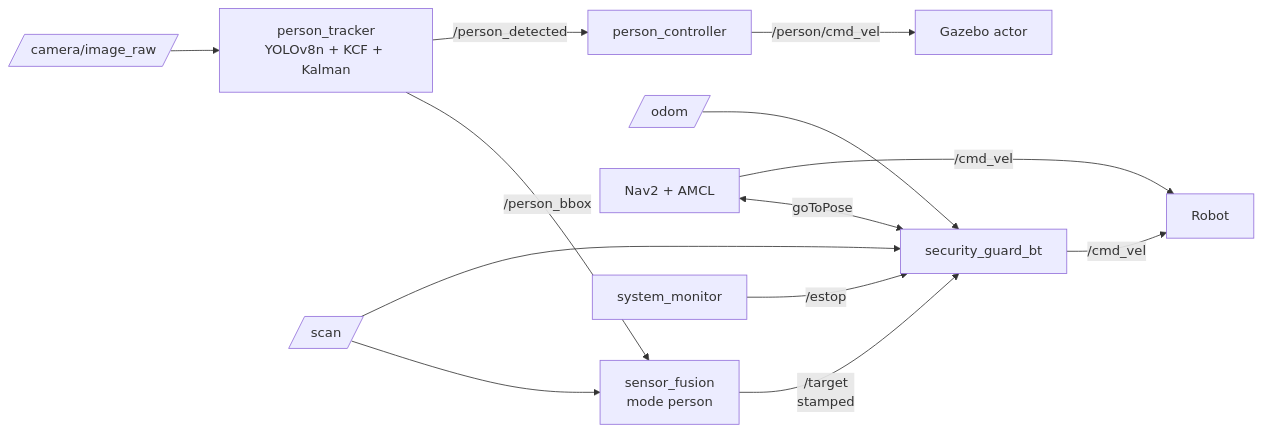
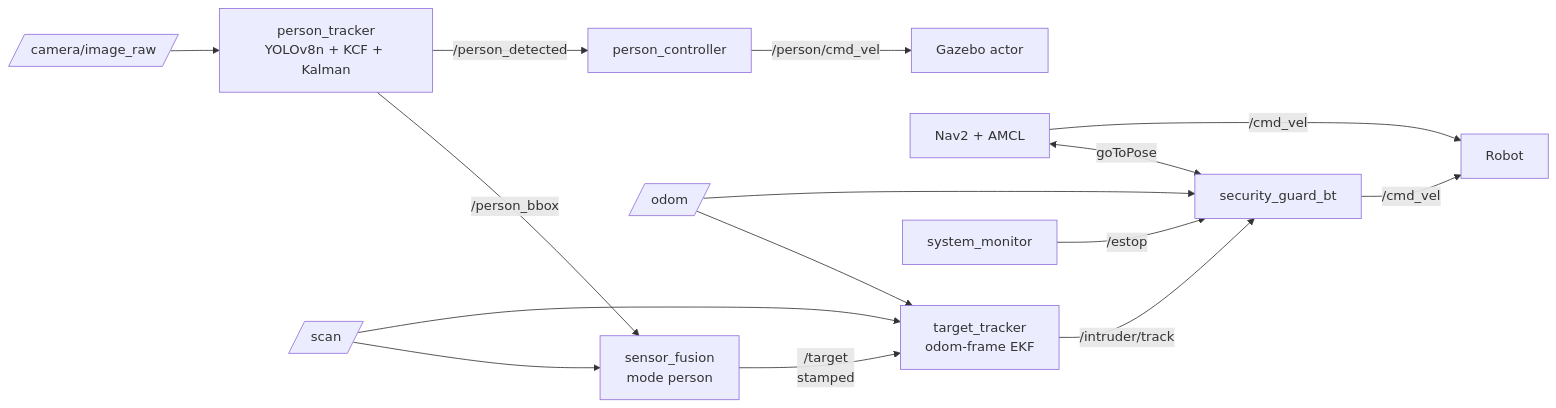
Before and after one commit to OrtizDiego/AutoNav_Sim: the diagram in README.md, drawn with Mermaid. The commit also changed other lines of this file, not shown here.

````diff
--- a/README.md
+++ b/README.md
@@ -70,15 +83,17 @@
 ```mermaid
 graph LR
     CAM[/camera/image_raw/] --> PT[person_tracker<br/>YOLOv8n + KCF + Kalman]
     PT -->|/person_bbox| SF[sensor_fusion<br/>mode person]
     SCAN[/scan/] --> SF
-    SF -->|/target<br/>stamped| BT[security_guard_bt]
-    SCAN --> BT
-    ODOM[/odom/] --> BT
+    SF -->|/target<br/>stamped| TT[target_tracker<br/>odom-frame EKF]
+    SCAN --> TT
+    ODOM[/odom/] --> TT
+    TT -->|/intruder/track| BT[security_guard_bt]
+    ODOM --> BT
     NAV[Nav2 + AMCL] <-->|goToPose| BT
     BT -->|/cmd_vel| ROBOT[Robot]
     NAV -->|/cmd_vel| ROBOT
     PT -->|/person_detected| PC[person_controller]
     PC -->|/person/cmd_vel| ACTOR[Gazebo actor]
     SM[system_monitor] -->|/estop| BT
 ```
````
